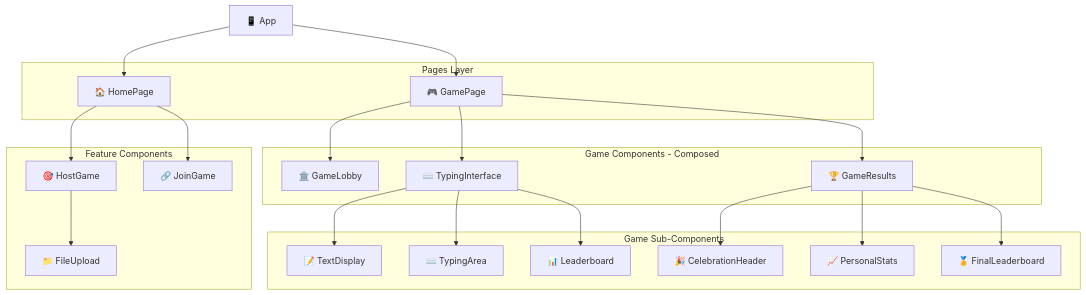
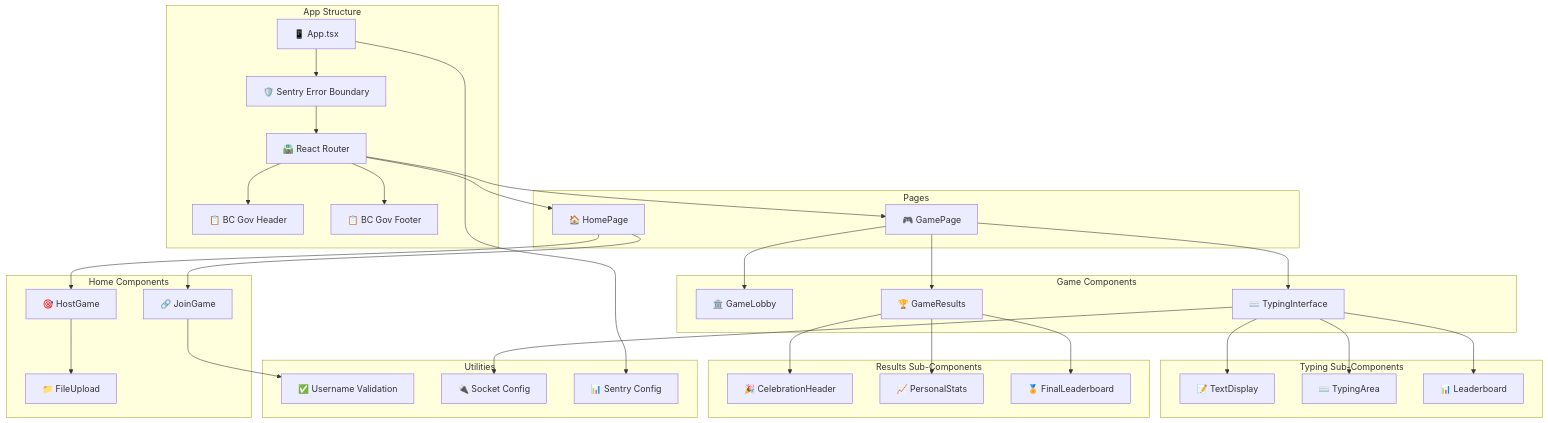
One commit to bcgov/citz-imb-playground changed the fourth of 8 diagrams in ARCHITECTURE.md. Above: the diagram before and after it, drawn with Mermaid. The commit also changed other lines of this file and 50 other files, not shown here.

````diff
--- a/ARCHITECTURE.md
+++ b/ARCHITECTURE.md
@@ -156,45 +174,72 @@
 ```mermaid
 graph TB
-    subgraph "Pages Layer"
+    subgraph "App Structure"
+        APP[📱 App.tsx]
+        ROUTER[🛣️ React Router]
+        HEADER[📋 BC Gov Header]
+        FOOTER[📋 BC Gov Footer]
+        ERROR_BOUNDARY[🛡️ Sentry Error Boundary]
+    end
+
+    subgraph "Pages"
         HOME[🏠 HomePage]
         GAME[🎮 GamePage]
     end
 
-    subgraph "Feature Components"
+    subgraph "Home Components"
         HOST[🎯 HostGame]
         JOIN[🔗 JoinGame]
         UPLOAD[📁 FileUpload]
     end
 
-    subgraph "Game Components - Composed"
+    subgraph "Game Components"
         LOBBY[🏛️ GameLobby]
         TYPING[⌨️ TypingInterface]
         RESULTS[🏆 GameResults]
     end
 
-    subgraph "Game Sub-Components"
+    subgraph "Typing Sub-Components"
         TEXT_DISPLAY[📝 TextDisplay]
         TYPING_AREA[⌨️ TypingArea]
         LEADERBOARD[📊 Leaderboard]
+    end
+
+    subgraph "Results Sub-Components"
         CELEBRATION[🎉 CelebrationHeader]
         PERSONAL_STATS[📈 PersonalStats]
         FINAL_LEADERBOARD[🏅 FinalLeaderboard]
     end
 
-    APP[📱 App] --> HOME
-    APP --> GAME
+    subgraph "Utilities"
+        USERNAME_VALIDATION[✅ Username Validation]
+        SOCKET_CONFIG[🔌 Socket Config]
+        SENTRY_CONFIG[📊 Sentry Config]
+    end
+
+    APP --> ERROR_BOUNDARY
+    ERROR_BOUNDARY --> ROUTER
+    ROUTER --> HEADER
+    ROUTER --> HOME
+    ROUTER --> GAME
+    ROUTER --> FOOTER
+
     HOME --> HOST
     HOME --> JOIN
     HOST --> UPLOAD
+
     GAME --> LOBBY
     GAME --> TYPING
     GAME --> RESULTS
 
     TYPING --> TEXT_DISPLAY
     TYPING --> TYPING_AREA
     TYPING --> LEADERBOARD
 
     RESULTS --> CELEBRATION
     RESULTS --> PERSONAL_STATS
     RESULTS --> FINAL_LEADERBOARD
+
+    JOIN --> USERNAME_VALIDATION
+    TYPING --> SOCKET_CONFIG
+    APP --> SENTRY_CONFIG
 ```
````
